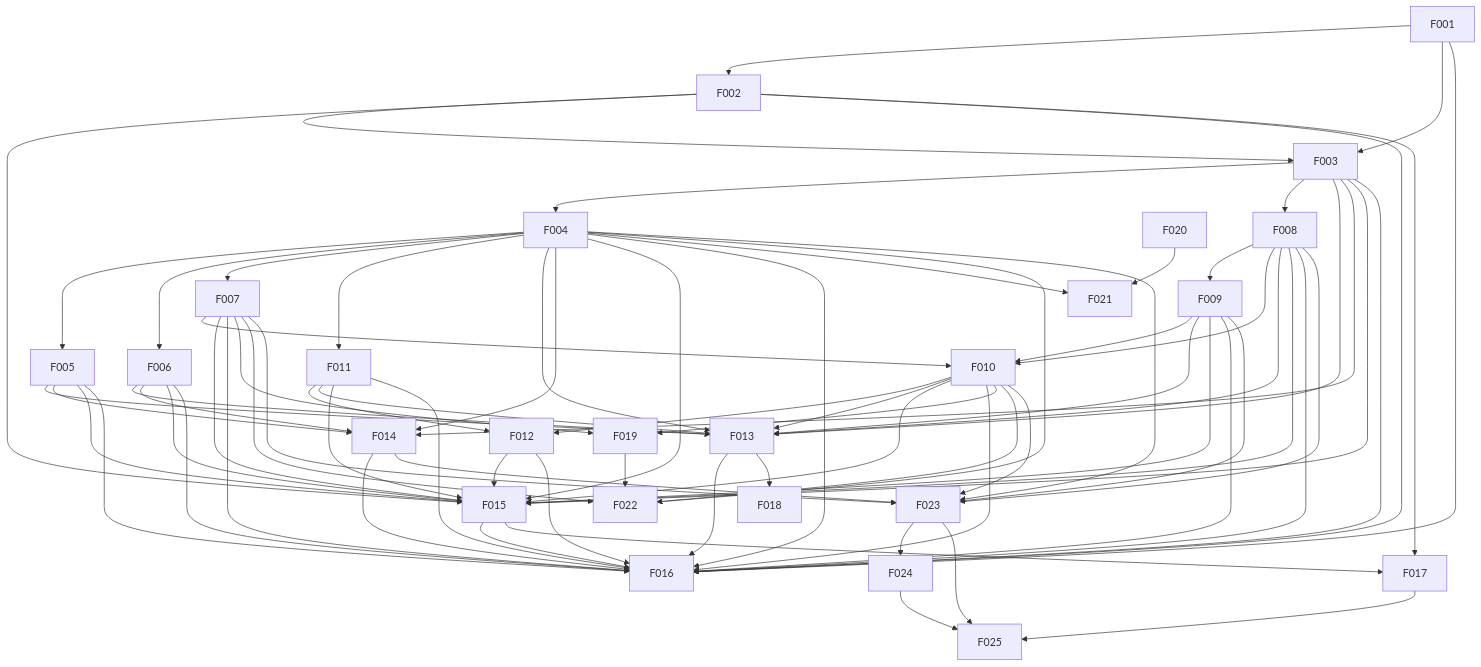
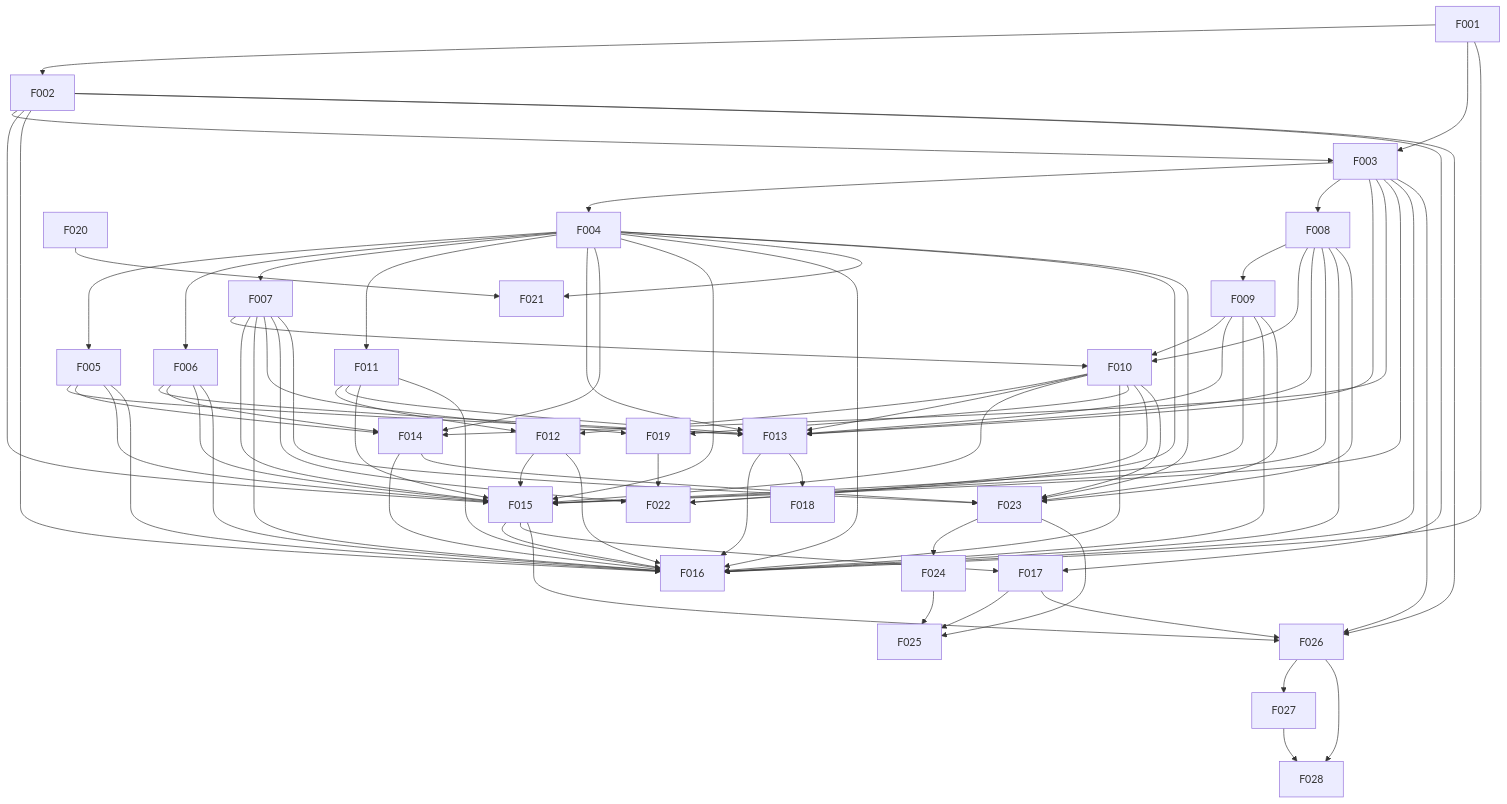
The diagram in docs/project/dependency-map.md (47oo/csm), drawn with Mermaid before and after one commit. The commit also changed other lines of this file and 8 other files, not shown here.

````diff
--- a/docs/project/dependency-map.md
+++ b/docs/project/dependency-map.md
@@ -33,6 +33,9 @@
     n22["F023"]
     n23["F024"]
     n24["F025"]
+    n25["F026"]
+    n26["F027"]
+    n27["F028"]
     n0 --> n1
     n0 --> n2
     n1 --> n2
@@ -107,4 +110,11 @@
     n16 --> n24
     n22 --> n24
     n23 --> n24
+    n1 --> n25
+    n2 --> n25
+    n14 --> n25
+    n16 --> n25
+    n25 --> n26
+    n25 --> n27
+    n26 --> n27
 ```
````
